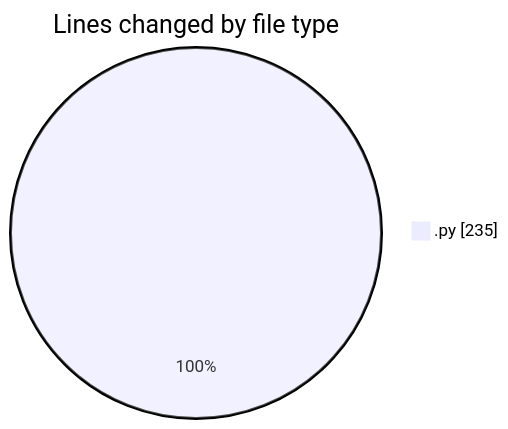
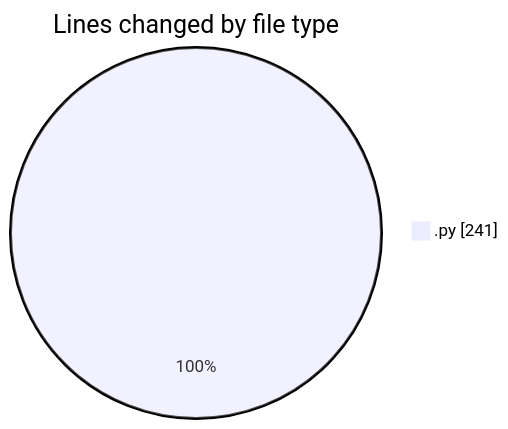
Before and after one commit to MatusMokan/code-tracking: the first of 2 diagrams in 2026-01-21/testtrexima/README.md, drawn with Mermaid. The commit also changed other lines of this file and 1 other file, not shown here.

````diff
--- a/2026-01-21/testtrexima/README.md
+++ b/2026-01-21/testtrexima/README.md
@@ -20,5 +20,5 @@
 ```mermaid
 pie showData
 title Lines changed by file type
-".py" : 235
+".py" : 241
 ```
````
